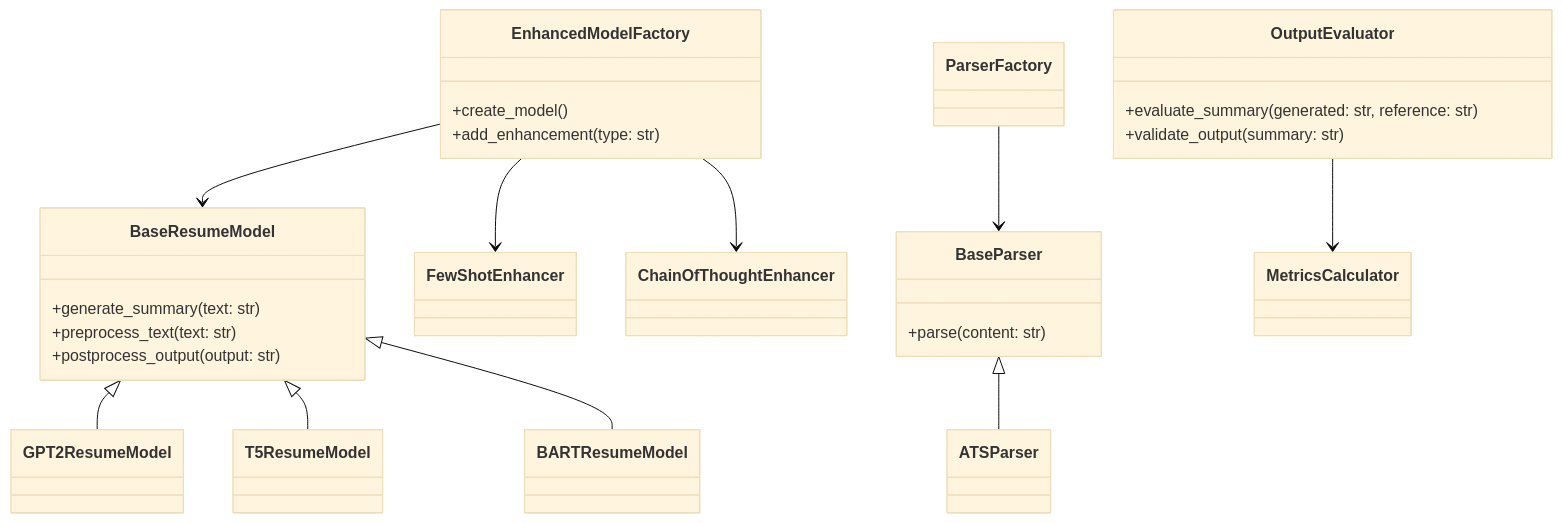
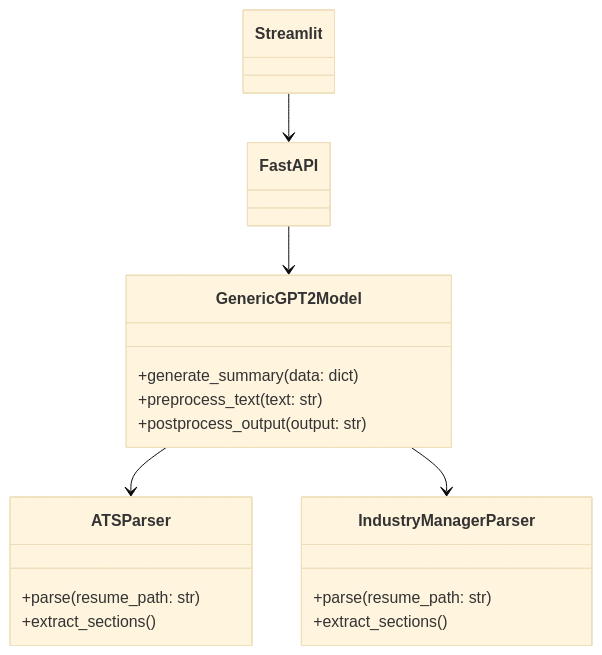
The diagram in docs/README.md (anil14349/resume_ssummarization), drawn with Mermaid (base theme) before and after one commit. The commit also changed other lines of this file and 24 other files, not shown here.

````diff
--- a/docs/README.md
+++ b/docs/README.md
@@ -26,35 +64,23 @@
 ```mermaid
 classDiagram
-    BaseResumeModel <|-- GPT2ResumeModel
-    BaseResumeModel <|-- T5ResumeModel
-    BaseResumeModel <|-- BARTResumeModel
+    GenericGPT2Model --> ATSParser
+    GenericGPT2Model --> IndustryManagerParser
+    FastAPI --> GenericGPT2Model
+    Streamlit --> FastAPI
     
-    EnhancedModelFactory --> BaseResumeModel
-    EnhancedModelFactory --> FewShotEnhancer
-    EnhancedModelFactory --> ChainOfThoughtEnhancer
-    
-    BaseParser <|-- ATSParser
-    ParserFactory --> BaseParser
-    
-    OutputEvaluator --> MetricsCalculator
-    
-    class BaseResumeModel {
-        +generate_summary(text: str)
+    class GenericGPT2Model {
+        +generate_summary(data: dict)
         +preprocess_text(text: str)
         +postprocess_output(output: str)
     }
     
-    class EnhancedModelFactory {
-        +create_model()
-        +add_enhancement(type: str)
+    class ATSParser {
+        +parse(resume_path: str)
+        +extract_sections()
     }
     
-    class BaseParser {
-        +parse(content: str)
-    }
-    
-    class OutputEvaluator {
-        +evaluate_summary(generated: str, reference: str)
-        +validate_output(summary: str)
+    class IndustryManagerParser {
+        +parse(resume_path: str)
+        +extract_sections()
     }
 ```
````
